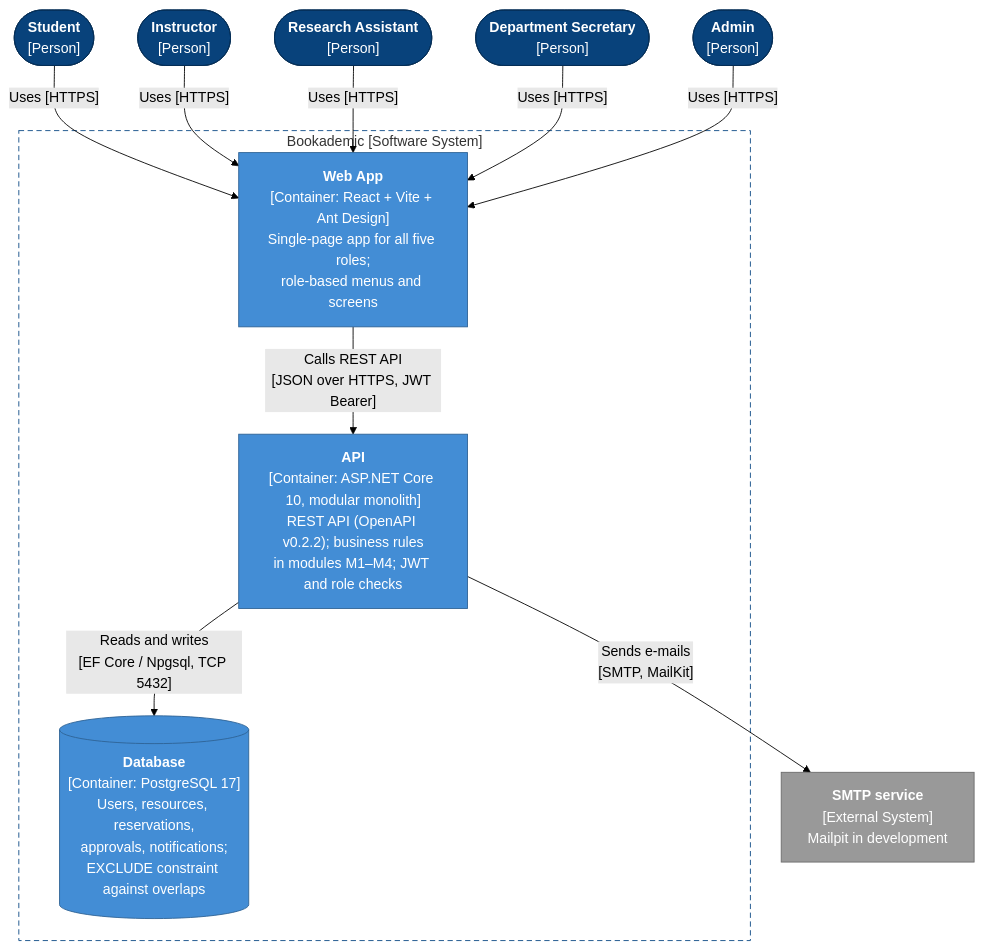
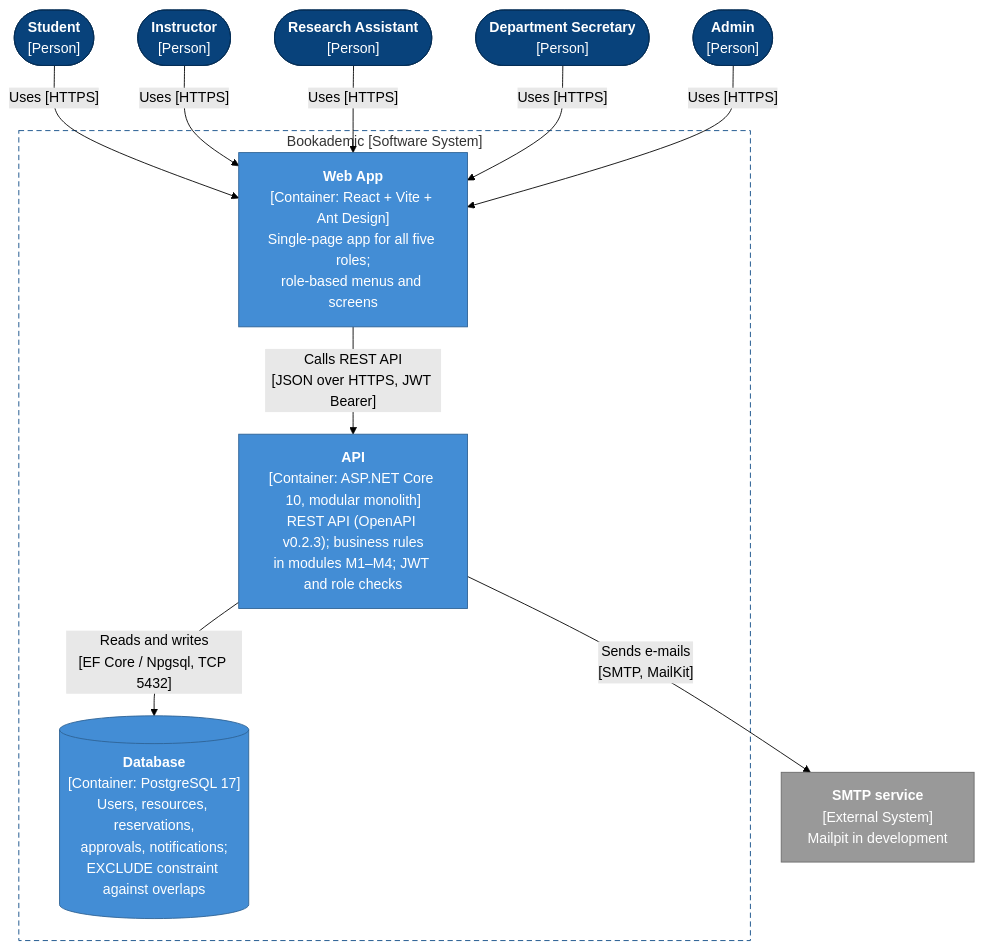
One commit to bookademic-team/Bookademic changed the second of 3 diagrams in docs/architecture/c4.md. Above: the diagram before and after it, drawn with Mermaid (forest theme). The commit also changed other lines of this file, not shown here.

Commit message:
docs: align C4 with ERD, ADR-0002 and OpenAPI v0.2.3 (#62)

````diff
--- a/docs/architecture/c4.md
+++ b/docs/architecture/c4.md
@@ -76,34 +76,34 @@
 ```mermaid
 flowchart TB
     student(["<b>Student</b><br/>[Person]"])
     instructor(["<b>Instructor</b><br/>[Person]"])
     ra(["<b>Research Assistant</b><br/>[Person]"])
     secretary(["<b>Department Secretary</b><br/>[Person]"])
     admin(["<b>Admin</b><br/>[Person]"])
 
     subgraph bookademic["Bookademic [Software System]"]
         webapp["<b>Web App</b><br/>[Container: React + Vite + Ant Design]<br/>Single-page app for all five roles;<br/>role-based menus and screens"]
-        api["<b>API</b><br/>[Container: ASP.NET Core 10, modular monolith]<br/>REST API (OpenAPI v0.2.2); business rules<br/>in modules M1–M4; JWT and role checks"]
+        api["<b>API</b><br/>[Container: ASP.NET Core 10, modular monolith]<br/>REST API (OpenAPI v0.2.3); business rules<br/>in modules M1–M4; JWT and role checks"]
         db[("<b>Database</b><br/>[Container: PostgreSQL 17]<br/>Users, resources, reservations,<br/>approvals, notifications;<br/>EXCLUDE constraint against overlaps")]
     end
 
     smtp["<b>SMTP service</b><br/>[External System]<br/>Mailpit in development"]
 
     student -- "Uses [HTTPS]" --> webapp
     instructor -- "Uses [HTTPS]" --> webapp
     ra -- "Uses [HTTPS]" --> webapp
     secretary -- "Uses [HTTPS]" --> webapp
     admin -- "Uses [HTTPS]" --> webapp
 
     webapp -- "Calls REST API<br/>[JSON over HTTPS, JWT Bearer]" --> api
     api -- "Reads and writes<br/>[EF Core / Npgsql, TCP 5432]" --> db
     api -- "Sends e-mails<br/>[SMTP, MailKit]" --> smtp
 
     classDef person fill:#08427b,stroke:#052e56,color:#ffffff
     classDef container fill:#438dd5,stroke:#2e6295,color:#ffffff
     classDef external fill:#999999,stroke:#6b6b6b,color:#ffffff
     class student,instructor,ra,secretary,admin person
     class webapp,api,db container
     class smtp external
     style bookademic fill:transparent,stroke:#0b4884,stroke-dasharray: 6 4
 ```
````
